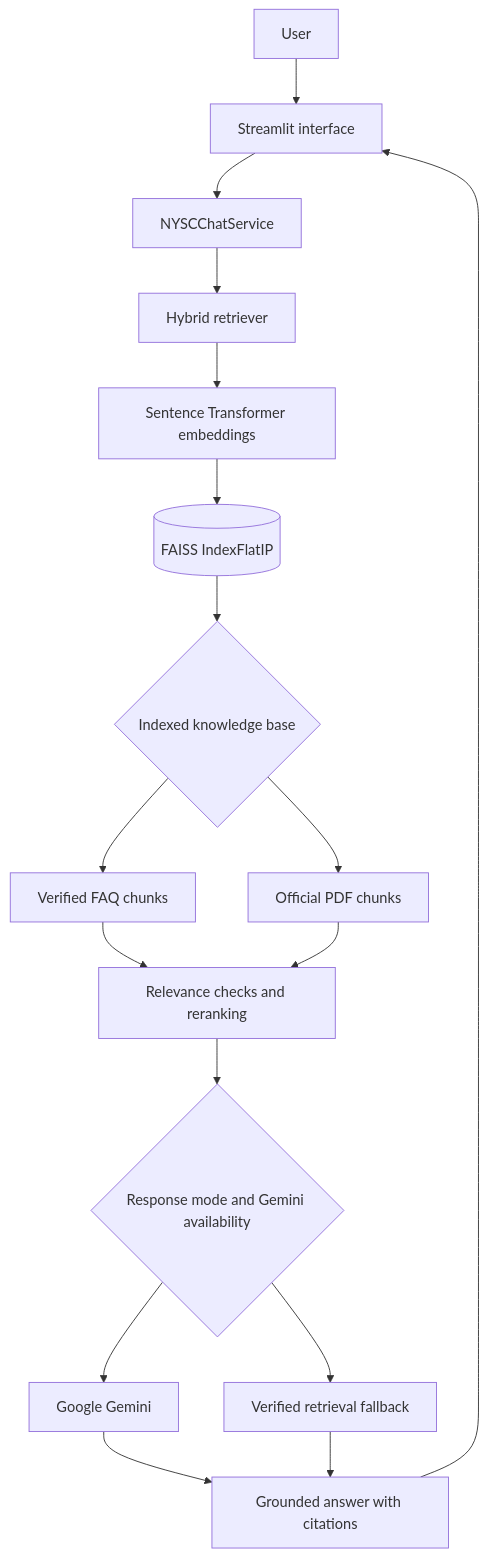
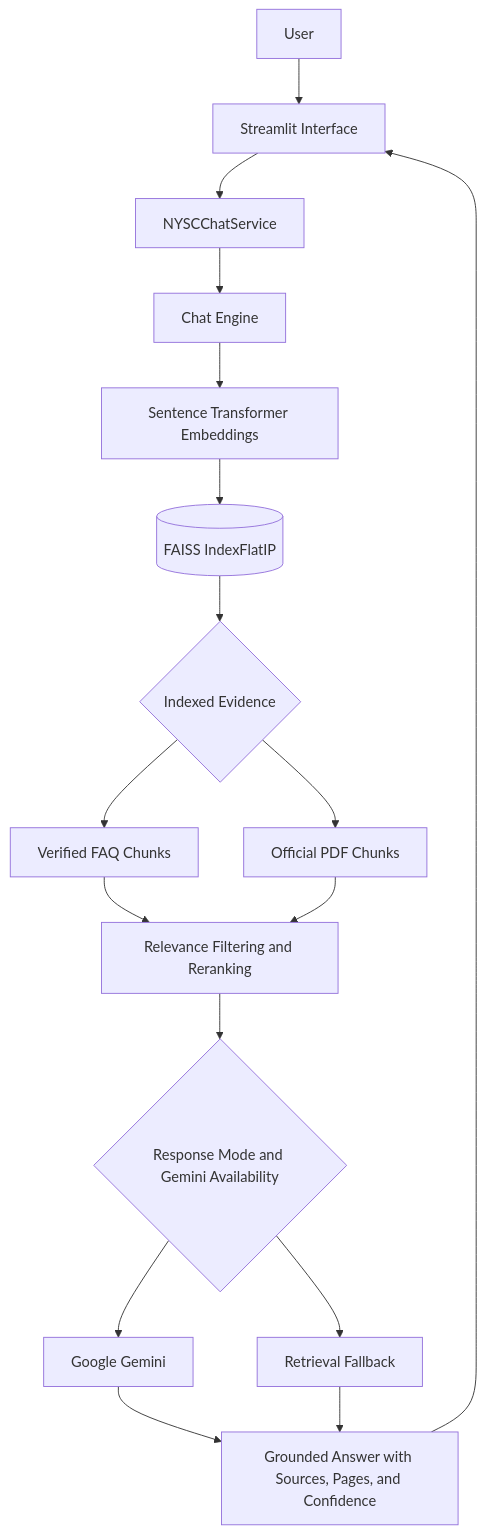
Before and after one commit to AnalyticPalmer/nysc-faq-chatbot: the first of 3 diagrams in README.md, drawn with Mermaid. The commit also changed other lines of this file and 5 other files, not shown here.

Commit message:
Add architecture diagram and finalize project documentation

````diff
--- a/README.md
+++ b/README.md
@@ -91,19 +158,19 @@
 ```mermaid
 flowchart TD
-    U[User] --> UI[Streamlit interface]
-    UI --> CS[NYSCChatService]
-    CS --> R[Hybrid retriever]
-    R --> EM[Sentence Transformer embeddings]
-    EM --> F[(FAISS IndexFlatIP)]
-    F --> KB{Indexed knowledge base}
-    KB --> FAQ[Verified FAQ chunks]
-    KB --> PDF[Official PDF chunks]
-    FAQ --> RR[Relevance checks and reranking]
+    U[User] --> UI[Streamlit Interface]
+    UI --> S[NYSCChatService]
+    S --> CE[Chat Engine]
+    CE --> E[Sentence Transformer Embeddings]
+    E --> F[(FAISS IndexFlatIP)]
+    F --> KB{Indexed Evidence}
+    KB --> FAQ[Verified FAQ Chunks]
+    KB --> PDF[Official PDF Chunks]
+    FAQ --> RR[Relevance Filtering and Reranking]
     PDF --> RR
-    RR --> MODE{Response mode and Gemini availability}
-    MODE --> G[Google Gemini]
-    MODE --> RF[Verified retrieval fallback]
-    G --> A[Grounded answer with citations]
+    RR --> M{Response Mode and Gemini Availability}
+    M --> G[Google Gemini]
+    M --> RF[Retrieval Fallback]
+    G --> A[Grounded Answer with Sources, Pages, and Confidence]
     RF --> A
     A --> UI
 ```
````
